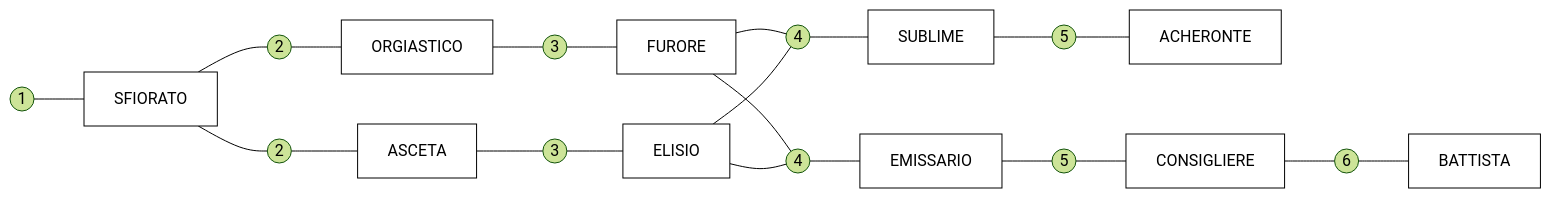
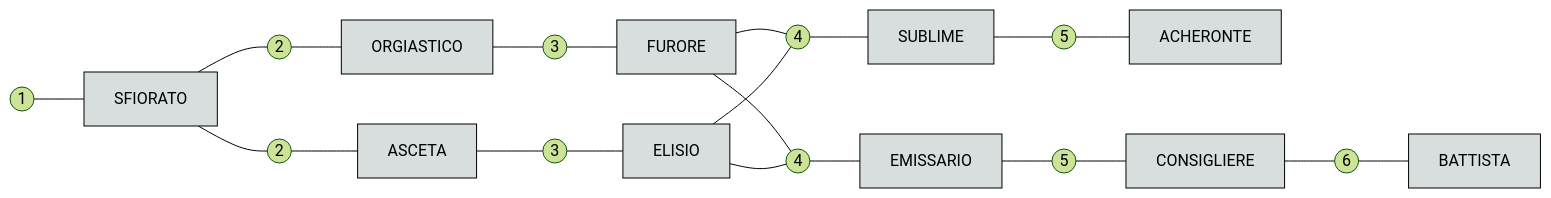
The diagram in src/site/notes/100. Web Garden/Culti/Anabattisti.md (OwNathan/garden_test), drawn with Mermaid (forest theme) before and after one commit. The commit also changed 2 other files, not shown here.

Commit message:
Published multiple files

````diff
--- a/src/site/notes/100. Web Garden/Culti/Anabattisti.md
+++ b/src/site/notes/100. Web Garden/Culti/Anabattisti.md
@@ -103,23 +103,23 @@
 
     %% Styling per somigliare all'immagine
 
-    style SFIORATO fill:#FFF,color:#000,stroke:#000
+    style SFIORATO fill:#d8dede,color:#000,stroke:#000
 
-    style ORGIASTICO fill:#FFF,color:#000,stroke:#000
+    style ORGIASTICO fill:#d8dede,color:#000,stroke:#000
 
-    style ASCETA fill:#FFF,color:#000,stroke:#000
+    style ASCETA fill:#d8dede,color:#000,stroke:#000
 
-    style FURORE fill:#FFF,color:#000,stroke:#000
+    style FURORE fill:#d8dede,color:#000,stroke:#000
 
-    style ELISIO fill:#FFF,color:#000,stroke:#000
+    style ELISIO fill:#d8dede,color:#000,stroke:#000
 
-    style SUBLIME fill:#FFF,color:#000,stroke:#000
+    style SUBLIME fill:#d8dede,color:#000,stroke:#000
 
-    style EMISSARIO fill:#FFF,color:#000,stroke:#000
+    style EMISSARIO fill:#d8dede,color:#000,stroke:#000
 
-    style ACHERONTE fill:#FFF,color:#000,stroke:#000
+    style ACHERONTE fill:#d8dede,color:#000,stroke:#000
 
-    style CONSIGLIERE fill:#FFF,color:#000,stroke:#000
+    style CONSIGLIERE fill:#d8dede,color:#000,stroke:#000
 
-    style BATTISTA fill:#FFF,color:#000,stroke:#000
+    style BATTISTA fill:#d8dede,color:#000,stroke:#000
 ```
````
